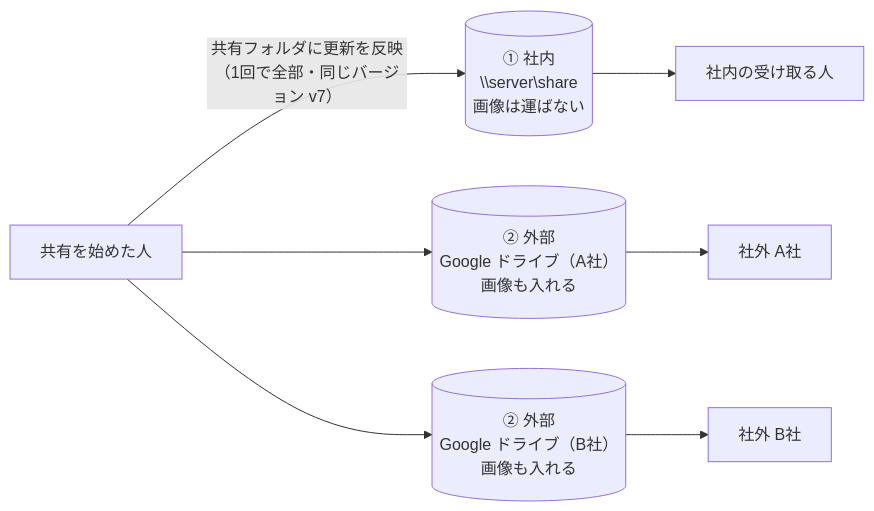
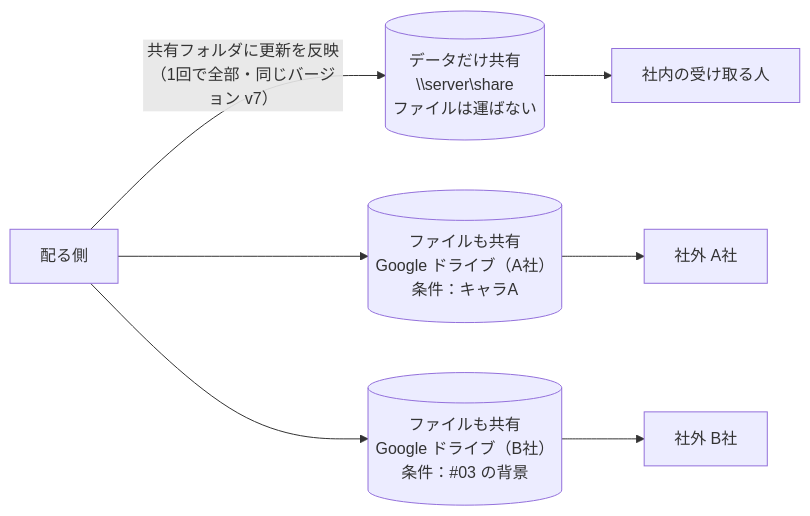
One commit to animtools/RefPicker changed the seventh of 16 diagrams in SYNC_GUIDE.md. Above: the diagram before and after it, drawn with Mermaid. The commit also changed other lines of this file and 27 other files, not shown here.

First line of the commit message:
docs: 0.6.0 の公開文書（扱えるファイル・共有先の渡し方と範囲・自由タグのピッカーとタグの管理・起動時の新しいバージョンの確認など）と CHANGELOG、図を 0.6.0 の画面にする

````diff
--- a/SYNC_GUIDE.md
+++ b/SYNC_GUIDE.md
@@ -262,9 +339,9 @@
 ```mermaid
 flowchart LR
-    S["共有を始めた人"] -- "共有フォルダに更新を反映<br/>（1回で全部・同じバージョン v7）" --> D1
+    S["配る側"] -- "共有フォルダに更新を反映<br/>（1回で全部・同じバージョン v7）" --> D1
     S --> D2
     S --> D3
-    D1[("① 社内<br/>\\server\share<br/>画像は運ばない")] --> AI["社内の受け取る人"]
-    D2[("② 外部<br/>Google ドライブ（A社）<br/>画像も入れる")] --> AX["社外 A社"]
-    D3[("② 外部<br/>Google ドライブ（B社）<br/>画像も入れる")] --> AY["社外 B社"]
+    D1[("データだけ共有<br/>\\server\share<br/>ファイルは運ばない")] --> AI["社内の受け取る人"]
+    D2[("ファイルも共有<br/>Google ドライブ（A社）<br/>条件：キャラA")] --> AX["社外 A社"]
+    D3[("ファイルも共有<br/>Google ドライブ（B社）<br/>条件：#03 の背景")] --> AY["社外 B社"]
 ```
````
